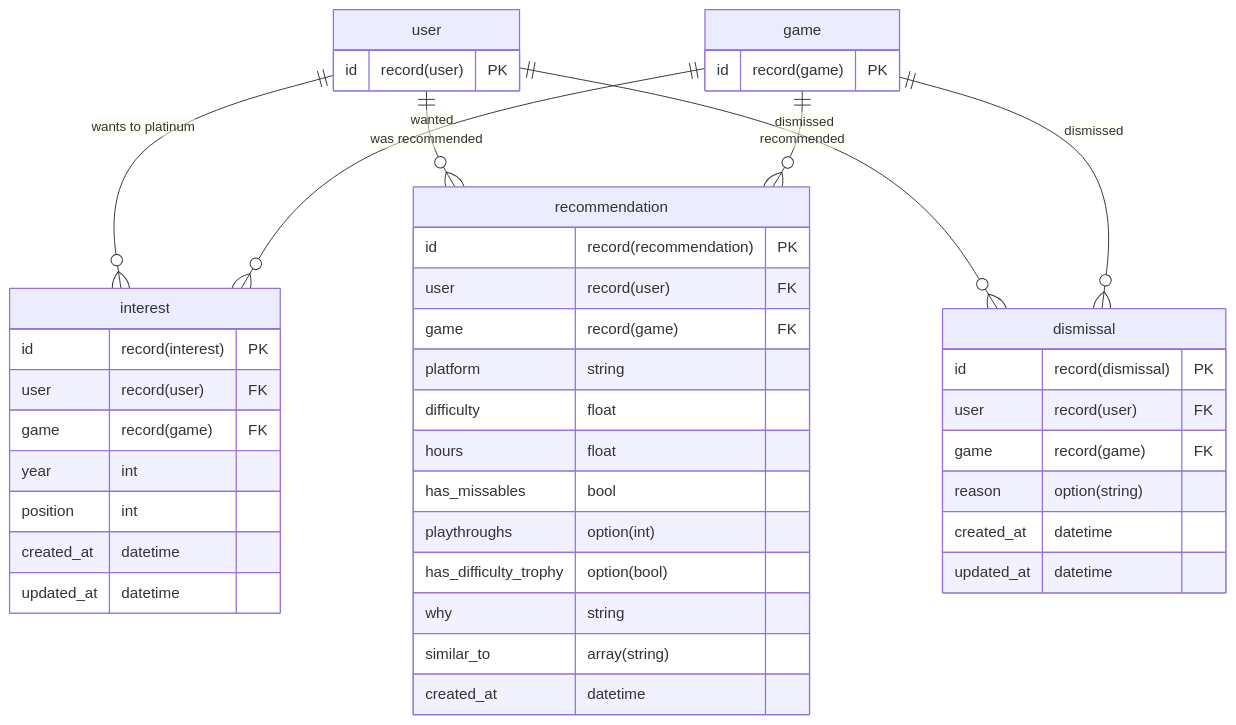
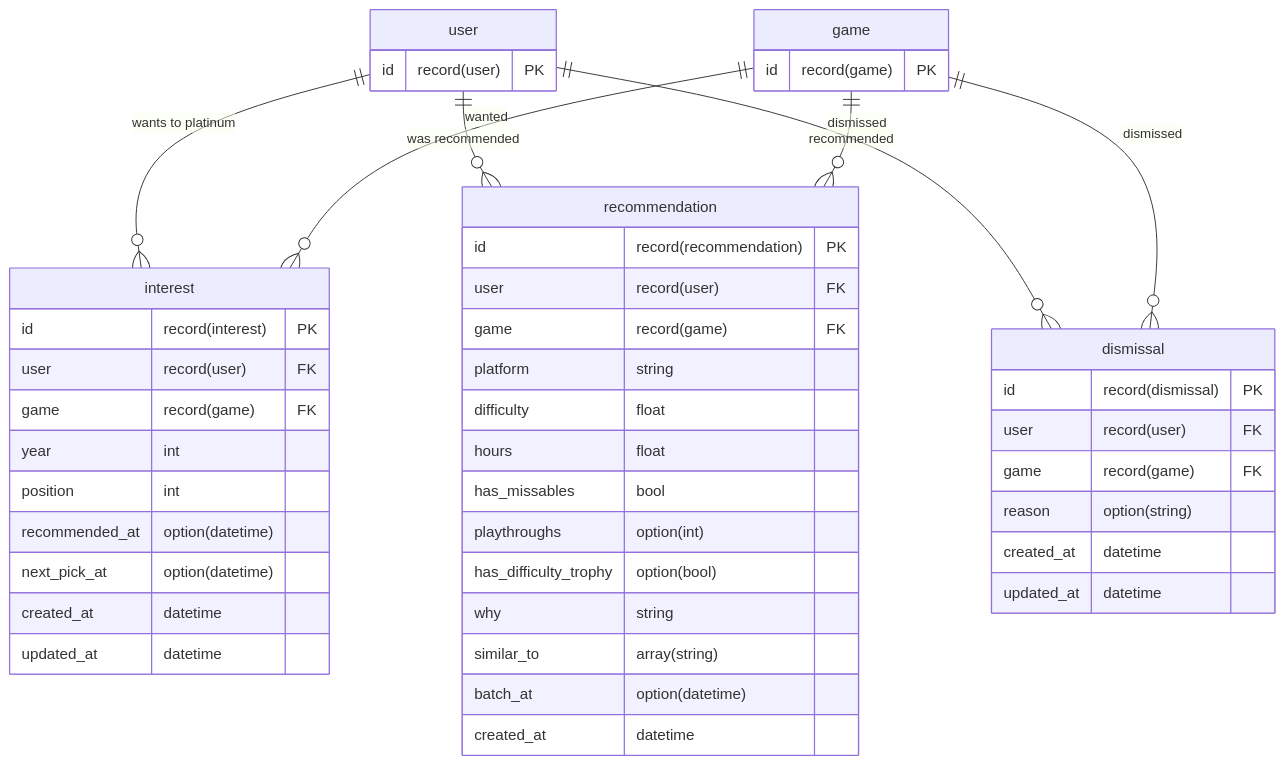
The second of 5 diagrams in docs/database.md (renatoaug/platjourney), drawn with Mermaid before and after one commit. The commit also changed other lines of this file and 51 other files, not shown here.

````diff
--- a/docs/database.md
+++ b/docs/database.md
@@ -105,46 +106,49 @@
 ```mermaid
 erDiagram
     user ||--o{ interest : "wants to platinum"
     game ||--o{ interest : "wanted"
     user ||--o{ recommendation : "was recommended"
     game ||--o{ recommendation : "recommended"
     user ||--o{ dismissal : "dismissed"
     game ||--o{ dismissal : "dismissed"
     interest {
         id record(interest) PK
         user record(user) FK
         game record(game) FK
         year int
         position int
+        recommended_at option(datetime)
+        next_pick_at option(datetime)
         created_at datetime
         updated_at datetime
     }
     recommendation {
         id record(recommendation) PK
         user record(user) FK
         game record(game) FK
         platform string
         difficulty float
         hours float
         has_missables bool
         playthroughs option(int)
         has_difficulty_trophy option(bool)
         why string
         similar_to array(string)
+        batch_at option(datetime)
         created_at datetime
     }
     dismissal {
         id record(dismissal) PK
         user record(user) FK
         game record(game) FK
         reason option(string)
         created_at datetime
         updated_at datetime
     }
     user {
         id record(user) PK
     }
     game {
         id record(game) PK
     }
 ```
````
